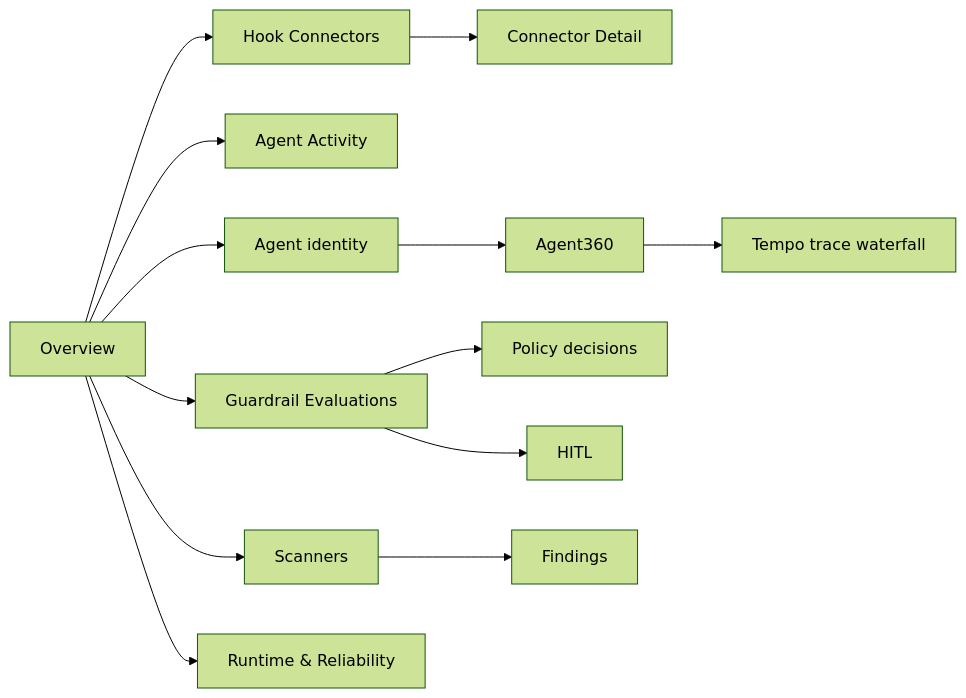
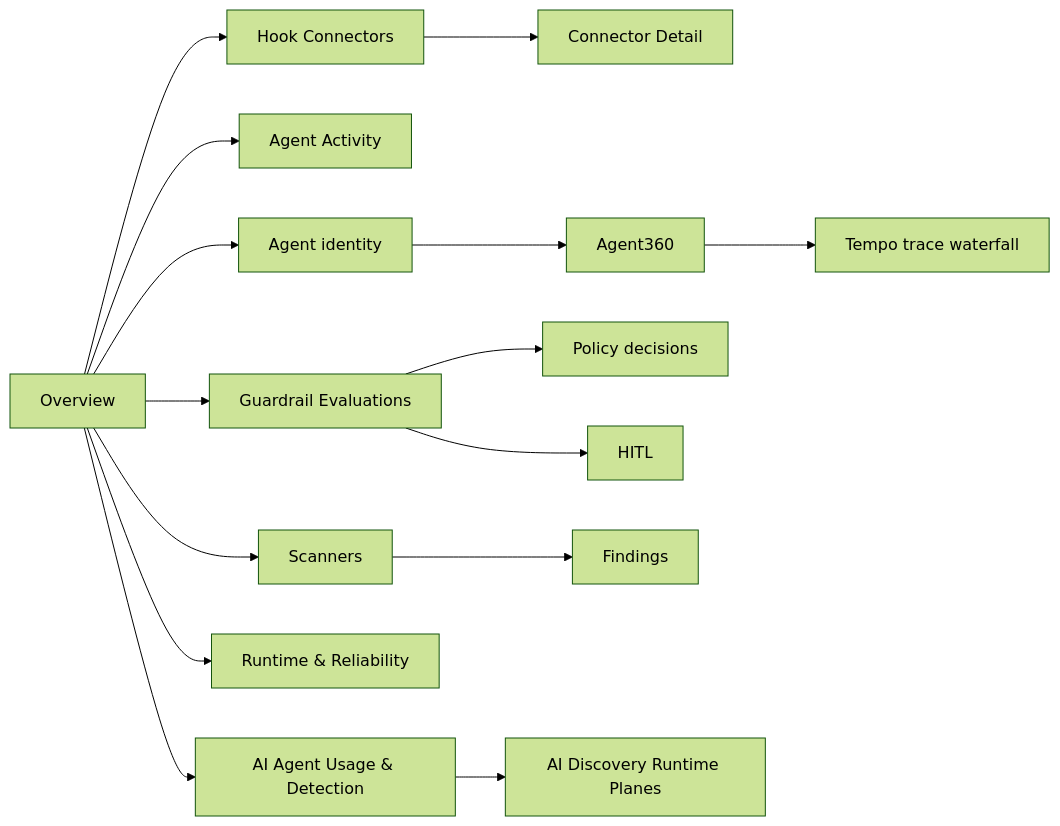
The diagram in docs-site/content/docs/observability/grafana-dashboards.mdx (cisco-ai-defense/defenseclaw), drawn with Mermaid (forest theme) before and after one commit. The commit also changed other lines of this file and 1 other file, not shown here.

````diff
--- a/docs-site/content/docs/observability/grafana-dashboards.mdx
+++ b/docs-site/content/docs/observability/grafana-dashboards.mdx
@@ -72,15 +49,17 @@
 ```mermaid
 flowchart LR
   O[Overview] --> C[Hook Connectors]
   C --> CD[Connector Detail]
   O --> A[Agent Activity]
   O --> I[Agent identity]
   I --> A360[Agent360]
   A360 --> T[Tempo trace waterfall]
   O --> G[Guardrail Evaluations]
   G --> P[Policy decisions]
   G --> H[HITL]
   O --> S[Scanners]
   S --> F[Findings]
   O --> R[Runtime & Reliability]
+  O --> D[AI Agent Usage & Detection]
+  D --> RP[AI Discovery Runtime Planes]
 ```
````
